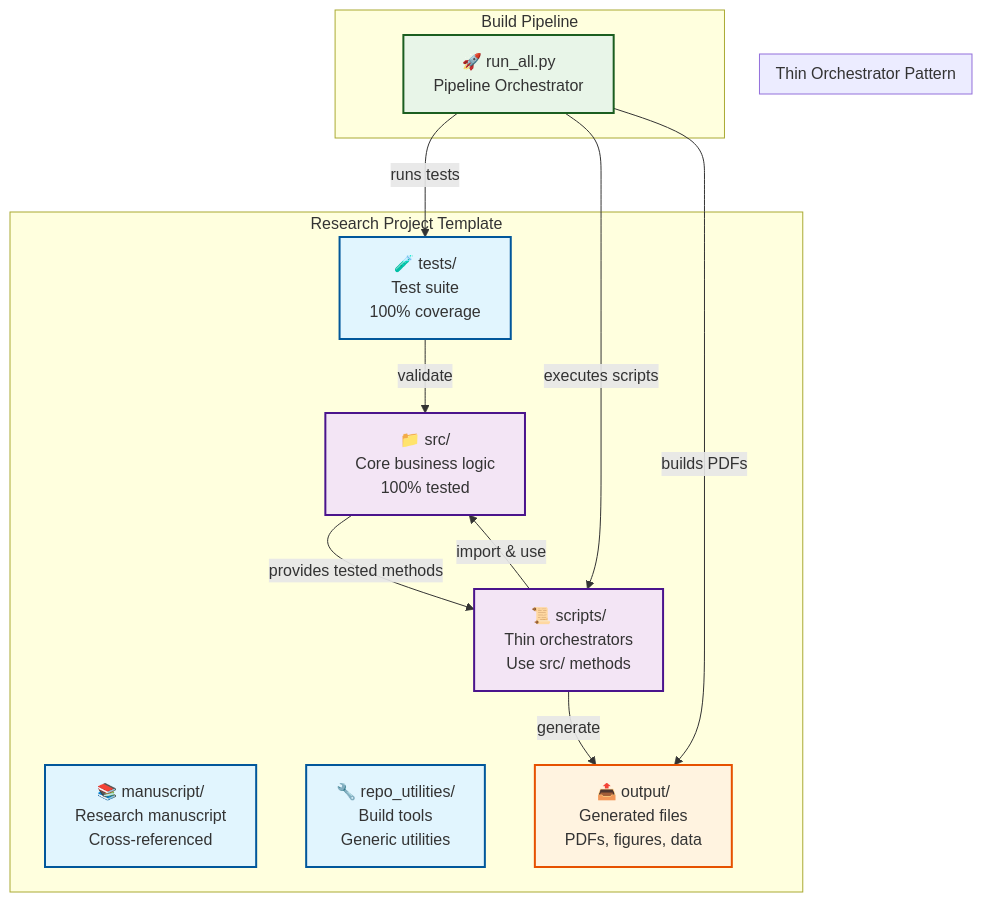
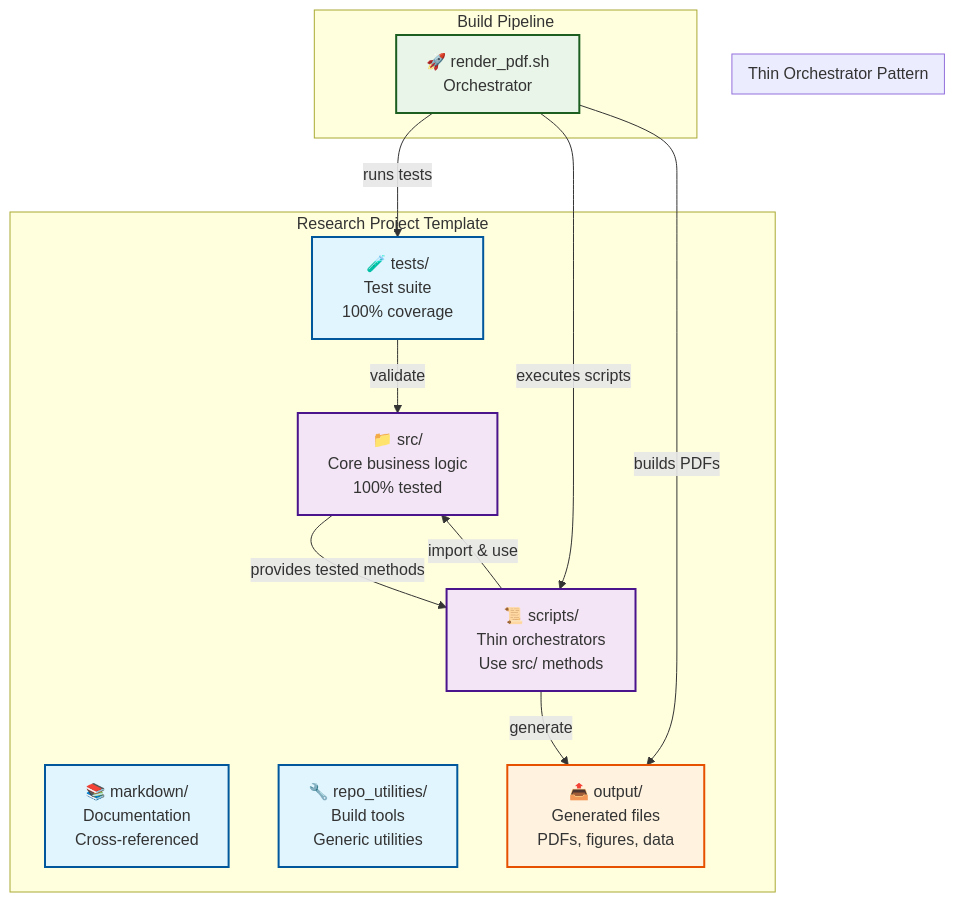
One commit to docxology/template changed the first of 3 diagrams in docs/COPYPASTA.md. Above: the diagram before and after it, drawn with Mermaid. The commit also changed other lines of this file and 33 other files, not shown here.

````diff
--- a/docs/COPYPASTA.md
+++ b/docs/COPYPASTA.md
@@ -244,35 +245,35 @@
 ```mermaid
 graph TB
     subgraph "Research Project Template"
         SRC[📁 src/<br/>Core business logic<br/>100% tested]
         TESTS[🧪 tests/<br/>Test suite<br/>100% coverage]
         SCRIPTS[📜 scripts/<br/>Thin orchestrators<br/>Use src/ methods]
-        MANUSCRIPT[📚 manuscript/<br/>Research manuscript<br/>Cross-referenced]
+        MD[📚 markdown/<br/>Documentation<br/>Cross-referenced]
         REPO_UTILS[🔧 repo_utilities/<br/>Build tools<br/>Generic utilities]
         OUTPUT[📤 output/<br/>Generated files<br/>PDFs, figures, data]
     end
     
     subgraph "Thin Orchestrator Pattern"
         SRC -->|"provides tested methods"| SCRIPTS
         SCRIPTS -->|"import & use"| SRC
         SCRIPTS -->|"generate"| OUTPUT
         TESTS -->|"validate"| SRC
     end
     
     subgraph "Build Pipeline"
-        RENDER[🚀 run_all.py<br/>Pipeline Orchestrator]
+        RENDER[🚀 render_pdf.sh<br/>Orchestrator]
         RENDER -->|"runs tests"| TESTS
         RENDER -->|"executes scripts"| SCRIPTS
         RENDER -->|"builds PDFs"| OUTPUT
     end
     
     classDef core fill:#e1f5fe,stroke:#01579b,stroke-width:2px
     classDef pattern fill:#f3e5f5,stroke:#4a148c,stroke-width:2px
     classDef pipeline fill:#e8f5e8,stroke:#1b5e20,stroke-width:2px
     classDef output fill:#fff3e0,stroke:#e65100,stroke-width:2px
     
-    class SRC,TESTS,SCRIPTS,MANUSCRIPT,REPO_UTILS core
+    class SRC,TESTS,SCRIPTS,MD,REPO_UTILS core
     class SRC,SCRIPTS pattern
     class RENDER pipeline
     class OUTPUT output
 ```
````
